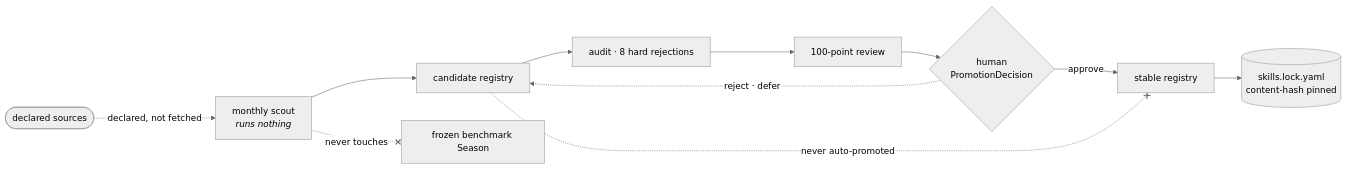
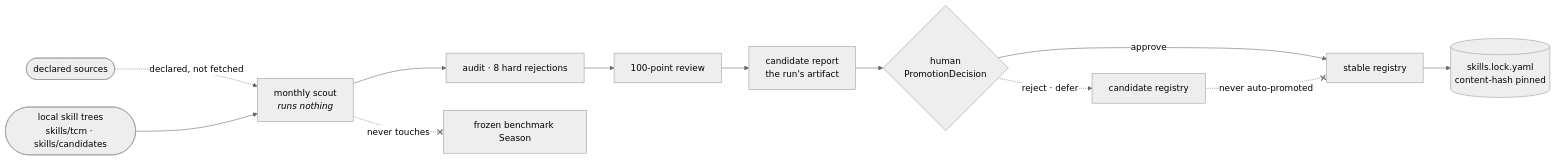
Before and after one commit to psknlr/TCMScience: the diagram in README.md, drawn with Mermaid (neutral theme). The commit also changed other lines of this file and 29 other files, not shown here.

````diff
--- a/README.md
+++ b/README.md
@@ -362,10 +364,11 @@
 ```mermaid
 flowchart LR
     SRC(["declared sources"]) -.->|"declared, not fetched"| SCOUT["monthly scout<br/><i>runs nothing</i>"]
-    SCOUT --> CAND["candidate registry"]
-    CAND --> AUDIT["audit · 8 hard rejections"] --> SCORE["100-point review"] --> HUMAN{"human<br/>PromotionDecision"}
+    TREES(["local skill trees<br/>skills/tcm · skills/candidates"]) --> SCOUT
+    SCOUT --> AUDIT["audit · 8 hard rejections"] --> SCORE["100-point review"] --> REPORT["candidate report<br/>the run's artifact"]
+    REPORT --> HUMAN{"human<br/>PromotionDecision"}
     HUMAN -->|approve| STABLE["stable registry"] --> LOCK[("skills.lock.yaml<br/>content-hash pinned")]
-    HUMAN -.->|reject · defer| CAND
+    HUMAN -.->|reject · defer| CAND["candidate registry"]
     CAND -.-x|never auto-promoted| STABLE
     SCOUT -.-x|never touches| SEASON["frozen benchmark Season"]
 ```
````
